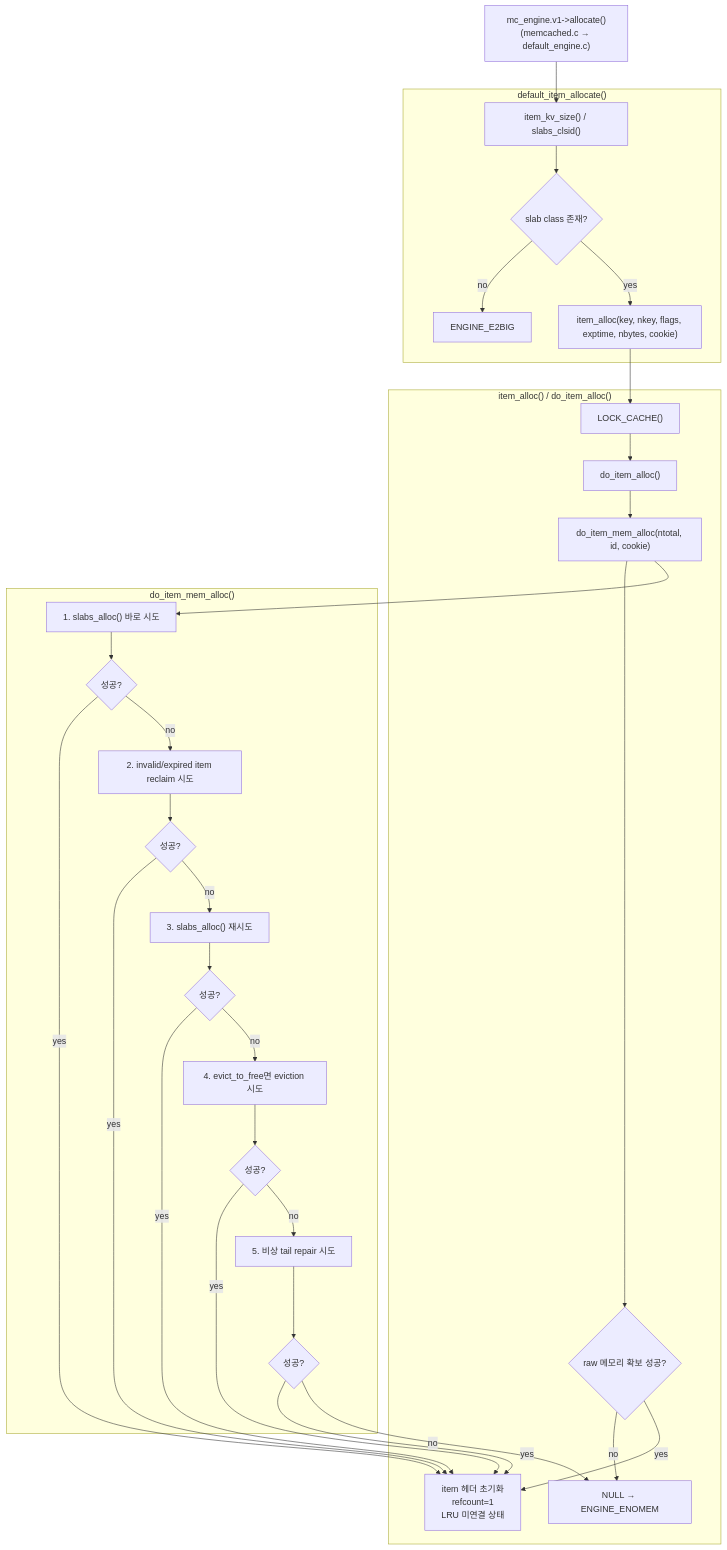
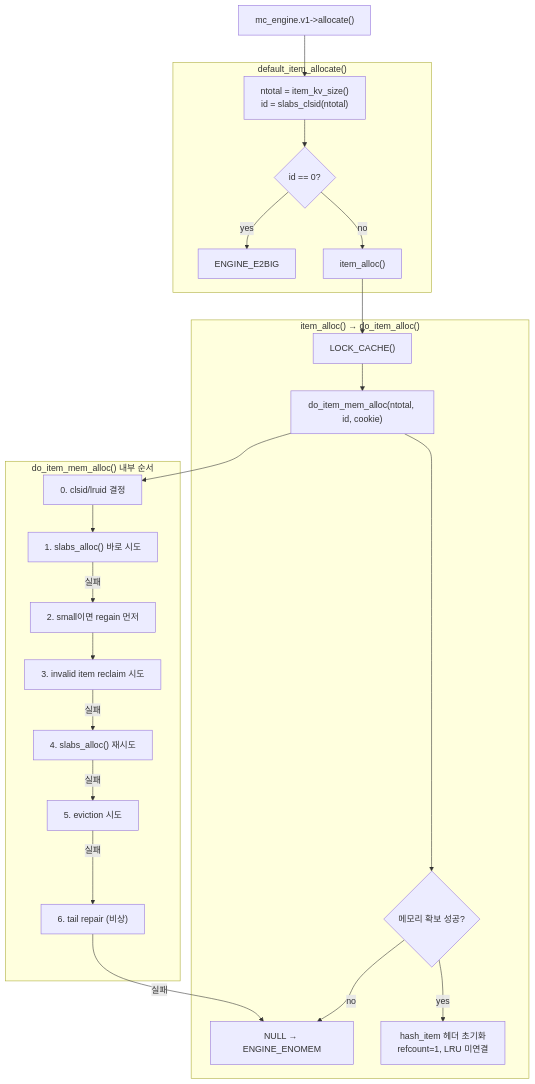
Before and after one commit to zhy2on/learning-arcus-memcached: the diagram in arcus-memcached/engine-allocate.md, drawn with Mermaid. The commit also changed other lines of this file, not shown here.

Commit message:
docs: 메모리 할당 과정 정리

````diff
--- a/arcus-memcached/engine-allocate.md
+++ b/arcus-memcached/engine-allocate.md
@@ -3,39 +14,30 @@
 ```mermaid
 flowchart TD
-    A["mc_engine.v1->allocate()\n(memcached.c → default_engine.c)"] --> B
+    A["mc_engine.v1->allocate()"] --> B
 
     subgraph default_allocate["default_item_allocate()"]
-        B["item_kv_size() / slabs_clsid()"]
-        B --> C{"slab class 존재?"}
-        C -->|"no"| D["ENGINE_E2BIG"]
-        C -->|"yes"| E["item_alloc(key, nkey, flags, exptime, nbytes, cookie)"]
+        B["ntotal = item_kv_size()\nid = slabs_clsid(ntotal)"]
+        B --> C{"id == 0?"}
+        C -->|"yes"| D["ENGINE_E2BIG"]
+        C -->|"no"| E["item_alloc()"]
     end
 
-    subgraph item_alloc_block["item_alloc() / do_item_alloc()"]
+    subgraph item_alloc_block["item_alloc() → do_item_alloc()"]
         E --> F["LOCK_CACHE()"]
-        F --> G["do_item_alloc()"]
-        G --> H["do_item_mem_alloc(ntotal, id, cookie)"]
-        H --> I{"raw 메모리 확보 성공?"}
-        I -->|"no"| J["NULL → ENGINE_ENOMEM"]
-        I -->|"yes"| K["item 헤더 초기화\nrefcount=1\nLRU 미연결 상태"]
+        F --> G["do_item_mem_alloc(ntotal, id, cookie)"]
+        G --> H{"메모리 확보 성공?"}
+        H -->|"no"| I["NULL → ENGINE_ENOMEM"]
+        H -->|"yes"| J["hash_item 헤더 초기화\nrefcount=1, LRU 미연결"]
     end
 
-    subgraph mem_policy["do_item_mem_alloc()"]
-        H --> M1["1. slabs_alloc() 바로 시도"]
-        M1 --> M2{"성공?"}
-        M2 -->|"yes"| K
-        M2 -->|"no"| M3["2. invalid/expired item reclaim 시도"]
-        M3 --> M4{"성공?"}
-        M4 -->|"yes"| K
-        M4 -->|"no"| M5["3. slabs_alloc() 재시도"]
-        M5 --> M6{"성공?"}
-        M6 -->|"yes"| K
-        M6 -->|"no"| M7["4. evict_to_free면 eviction 시도"]
-        M7 --> M8{"성공?"}
-        M8 -->|"yes"| K
-        M8 -->|"no"| M9["5. 비상 tail repair 시도"]
-        M9 --> M10{"성공?"}
-        M10 -->|"yes"| K
-        M10 -->|"no"| J
+    subgraph mem_policy["do_item_mem_alloc() 내부 순서"]
+        G --> P1["0. clsid/lruid 결정"]
+        P1 --> P2["1. slabs_alloc() 바로 시도"]
+        P2 -->|"실패"| P3["2. small이면 regain 먼저"]
+        P3 --> P4["3. invalid item reclaim 시도"]
+        P4 -->|"실패"| P5["4. slabs_alloc() 재시도"]
+        P5 -->|"실패"| P6["5. eviction 시도"]
+        P6 -->|"실패"| P7["6. tail repair (비상)"]
+        P7 -->|"실패"| I
     end
 ```
````
